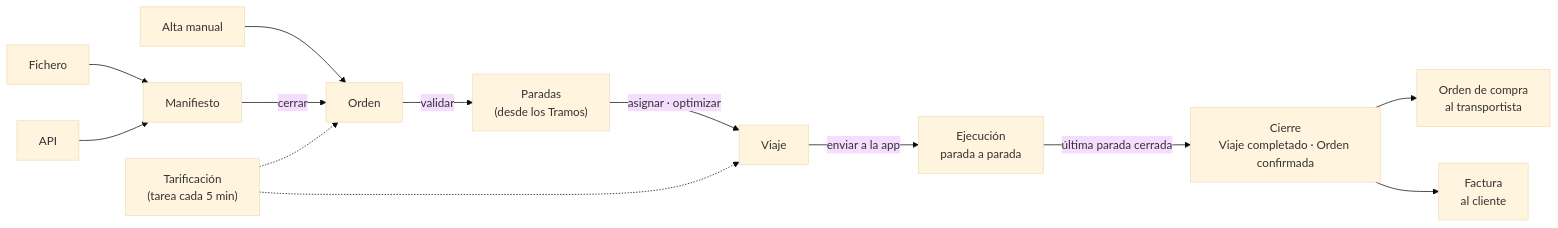
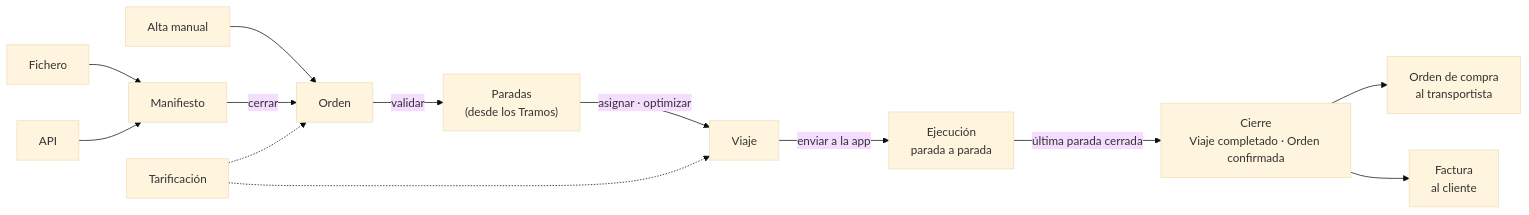
One commit to pacoborrego/guraify-tms-docs changed the diagram in source/17.0/5_operational-flows/index.rst. Above: the diagram before and after it, drawn with Mermaid (base theme). The commit also changed other lines of this file and 120 other files, not shown here.

```diff
--- a/source/17.0/5_operational-flows/index.rst
+++ b/source/17.0/5_operational-flows/index.rst
@@ -18,15 +18,15 @@
 .. mermaid::
 
    flowchart LR
        MAN["Alta manual"] --> ORD["Orden"]
        FILE["Fichero"] --> MF["Manifiesto"]
        API["API"] --> MF
        MF -->|cerrar| ORD
        ORD -->|validar| ST["Paradas<br/>(desde los Tramos)"]
        ST -->|asignar · optimizar| TR["Viaje"]
        TR -->|enviar a la app| EXE["Ejecución<br/>parada a parada"]
        EXE -->|última parada cerrada| CLO["Cierre<br/>Viaje completado · Orden confirmada"]
        CLO --> OC["Orden de compra<br/>al transportista"]
        CLO --> FAC["Factura<br/>al cliente"]
-       TAR["Tarificación<br/>(tarea cada 5 min)"] -.-> ORD
+       TAR["Tarificación"] -.-> ORD
        TAR -.-> TR
```
